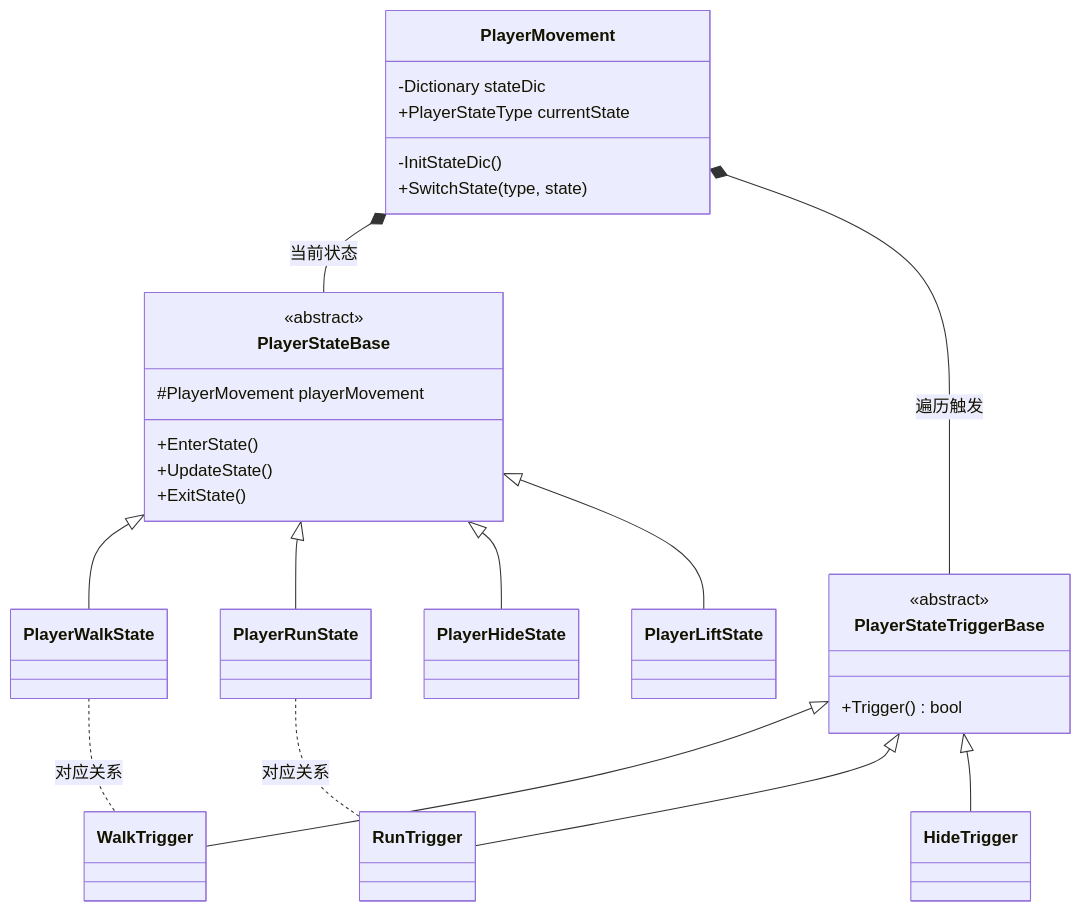
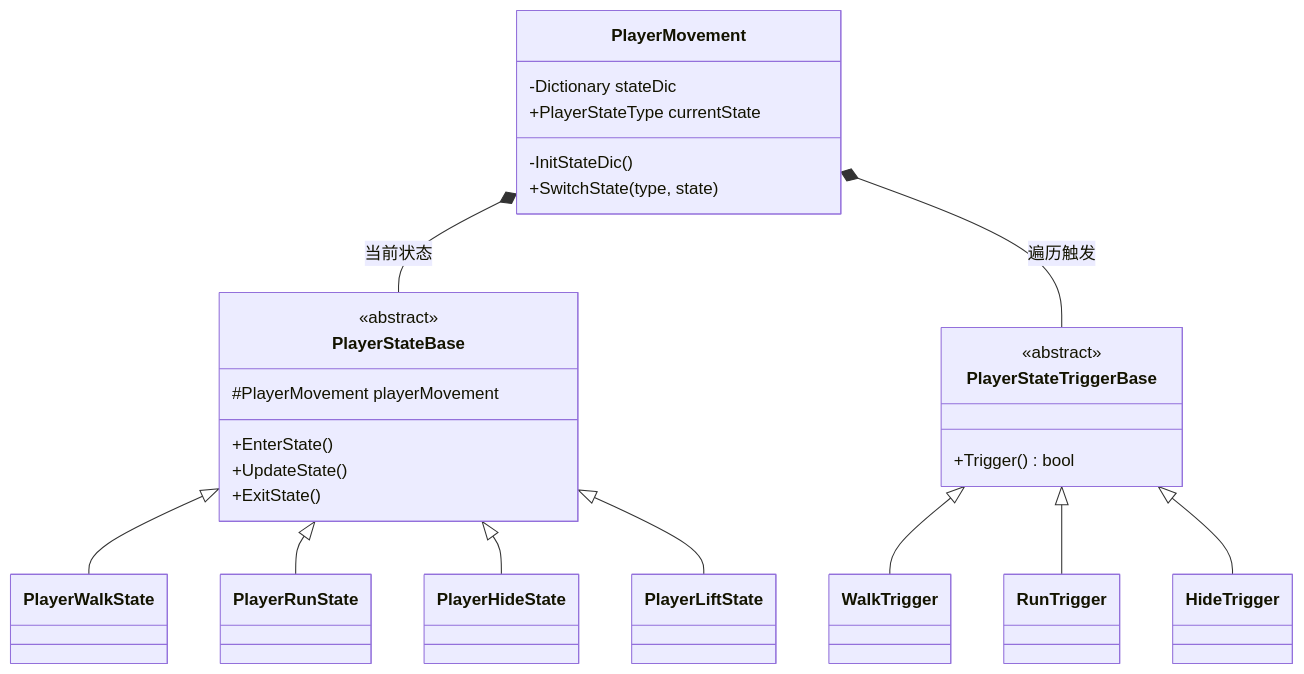
The third of 8 diagrams in Doc/Technology.md (banaijianxincai888/Project-Victim-Unity-HorrorGameCore), drawn with Mermaid before and after one commit. The commit also changed other lines of this file, not shown here.

````diff
--- a/Doc/Technology.md
+++ b/Doc/Technology.md
@@ -66,37 +85,32 @@
 ```mermaid
 classDiagram
     class PlayerMovement {
         -Dictionary stateDic
         +PlayerStateType currentState
         -InitStateDic()
         +SwitchState(type, state)
     }
-    
     class PlayerStateBase {
         <<abstract>>
         #PlayerMovement playerMovement
         +EnterState()
         +UpdateState()
         +ExitState()
     }
-    
     class PlayerStateTriggerBase {
         <<abstract>>
         +Trigger() bool
     }
 
     PlayerMovement *-- PlayerStateBase : 当前状态
     PlayerMovement *-- PlayerStateTriggerBase : 遍历触发
     
     PlayerStateBase <|-- PlayerWalkState
     PlayerStateBase <|-- PlayerRunState
     PlayerStateBase <|-- PlayerHideState
     PlayerStateBase <|-- PlayerLiftState
     
     PlayerStateTriggerBase <|-- WalkTrigger
     PlayerStateTriggerBase <|-- RunTrigger
     PlayerStateTriggerBase <|-- HideTrigger
-    
-    PlayerWalkState .. WalkTrigger : 对应关系
-    PlayerRunState .. RunTrigger : 对应关系
 ```
````
